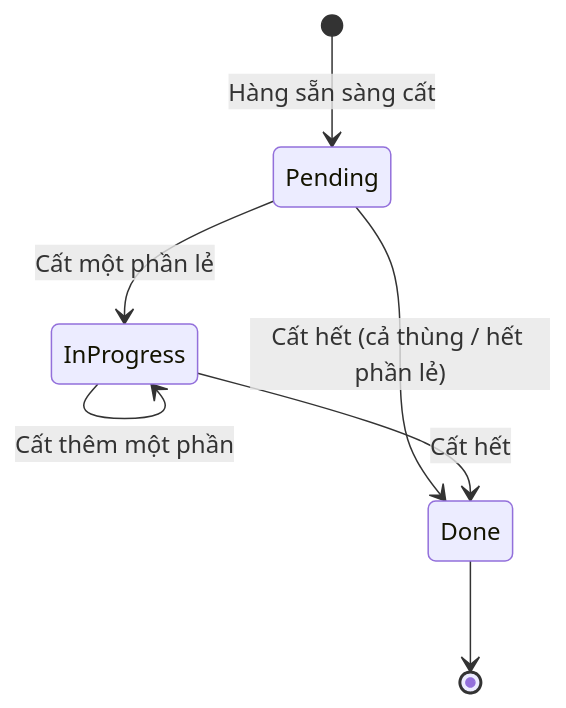
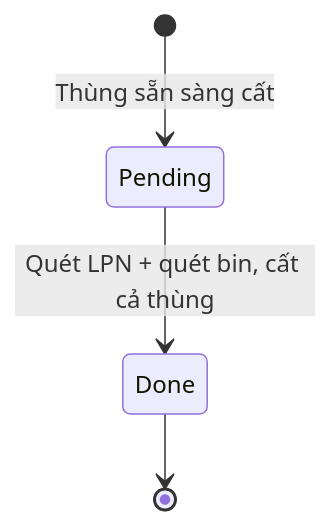
Before and after one commit to KLTN-FA26/docs: the diagram in docs/warehouse/05-putaway/README.md, drawn with Mermaid. The commit also changed other lines of this file and 26 other files, not shown here.

````diff
--- a/docs/warehouse/05-putaway/README.md
+++ b/docs/warehouse/05-putaway/README.md
@@ -137,9 +121,6 @@
 ```mermaid
 stateDiagram-v2
-    [*] --> Pending: Hàng sẵn sàng cất
-    Pending --> InProgress: Cất một phần lẻ
-    Pending --> Done: Cất hết (cả thùng / hết phần lẻ)
-    InProgress --> InProgress: Cất thêm một phần
-    InProgress --> Done: Cất hết
+    [*] --> Pending: Thùng sẵn sàng cất
+    Pending --> Done: Quét LPN + quét bin, cất cả thùng
     Done --> [*]
 ```
````
